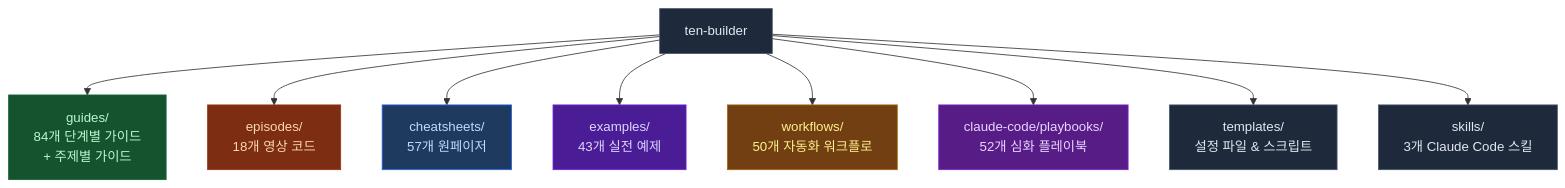
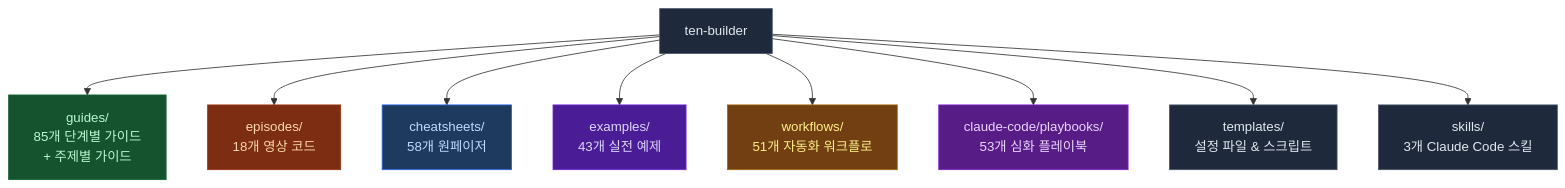
One commit to ten-builder/ten-builder changed the first of 2 diagrams in README.md. Above: the diagram before and after it, drawn with Mermaid. The commit also changed other lines of this file, not shown here.

Commit message:
docs: README sync -- guide 83, cheatsheet vercel-ai-sdk, workflow graphql, playbook 59

````diff
--- a/README.md
+++ b/README.md
@@ -23,21 +23,21 @@
 ```mermaid
 flowchart TD
-    R["ten-builder"] --> G["guides/\n84개 단계별 가이드\n+ 주제별 가이드"]
+    R["ten-builder"] --> G["guides/\n85개 단계별 가이드\n+ 주제별 가이드"]
     R --> E["episodes/\n18개 영상 코드"]
-    R --> C["cheatsheets/\n57개 원페이저"]
+    R --> C["cheatsheets/\n58개 원페이저"]
     R --> EX["examples/\n43개 실전 예제"]
-    R --> W["workflows/\n50개 자동화 워크플로"]
-    R --> P["claude-code/playbooks/\n52개 심화 플레이북"]
+    R --> W["workflows/\n51개 자동화 워크플로"]
+    R --> P["claude-code/playbooks/\n53개 심화 플레이북"]
     R --> T["templates/\n설정 파일 & 스크립트"]
     R --> S["skills/\n3개 Claude Code 스킬"]
 
     style R fill:#1e293b,stroke:#475569,color:#e2e8f0
     style G fill:#14532d,stroke:#166534,color:#bbf7d0
     style E fill:#7c2d12,stroke:#9a3412,color:#fed7aa
     style C fill:#1e3a5f,stroke:#2563eb,color:#bfdbfe
     style EX fill:#4a1d96,stroke:#6d28d9,color:#ddd6fe
     style W fill:#713f12,stroke:#a16207,color:#fef08a
     style P fill:#581c87,stroke:#7e22ce,color:#e9d5ff
     style T fill:#1e293b,stroke:#475569,color:#e2e8f0
     style S fill:#1e293b,stroke:#475569,color:#e2e8f0
 ```
````
